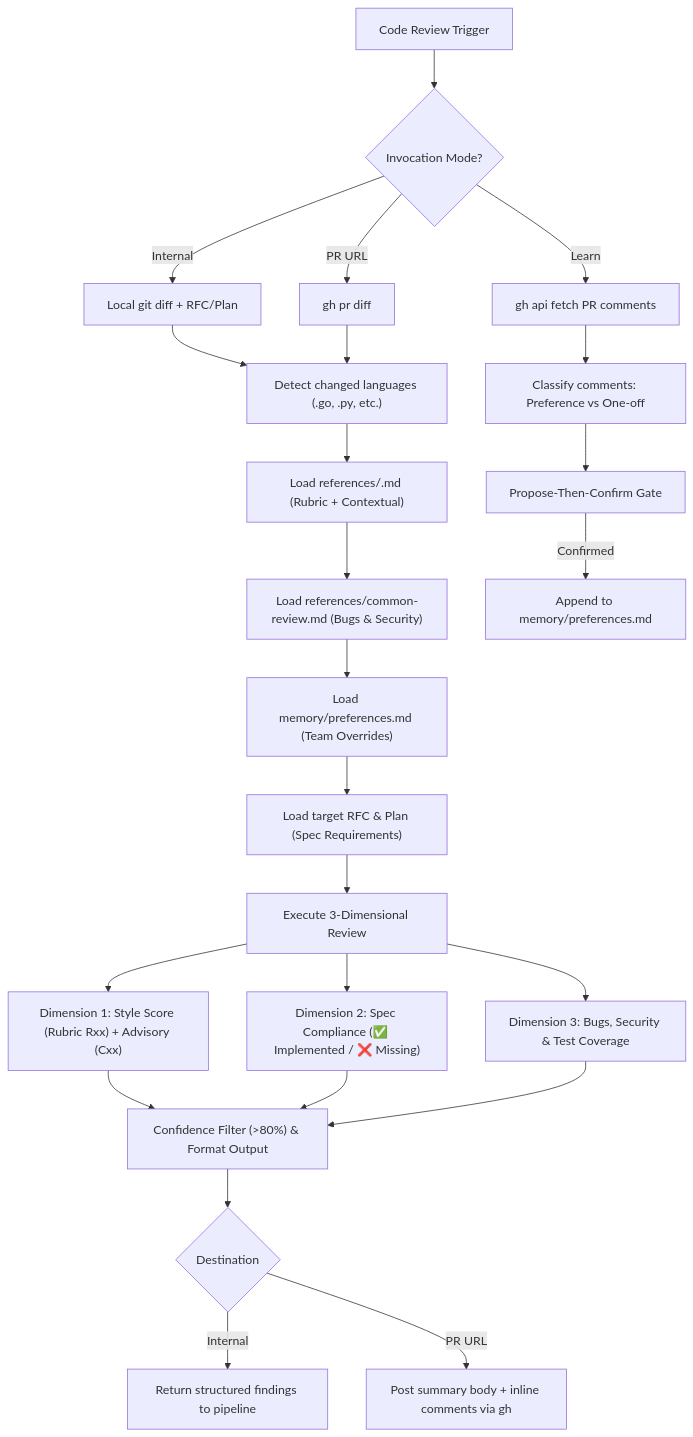
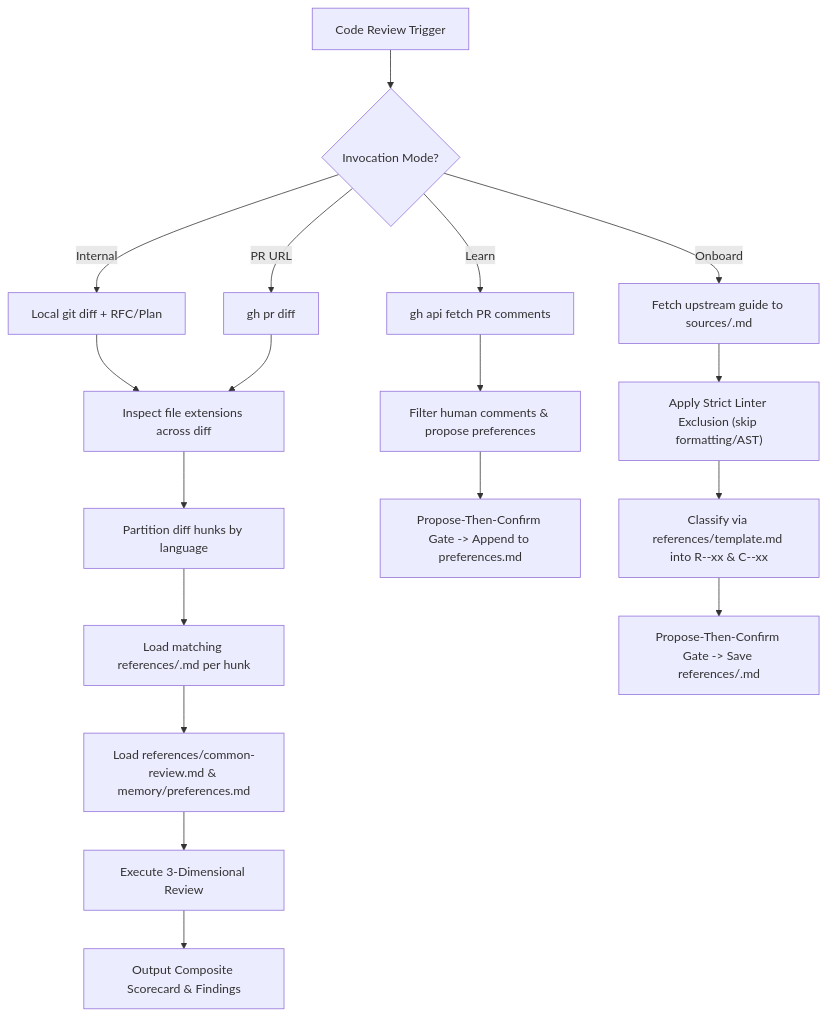
One commit to allanbian1017/skills changed the diagram in skills/development/code-review/README.md. Above: the diagram before and after it, drawn with Mermaid. The commit also changed other lines of this file and 3 other files, not shown here.

Commit message:
feat: add multi-language polyglot routing, style guide onboarding mode, and reference template

````diff
--- a/skills/development/code-review/README.md
+++ b/skills/development/code-review/README.md
@@ -37,31 +41,23 @@
 ```mermaid
 flowchart TD
     A["Code Review Trigger"] --> B{"Invocation Mode?"}
     
     B -- "Internal" --> C1["Local git diff + RFC/Plan"]
     B -- "PR URL" --> C2["gh pr diff <N>"]
     B -- "Learn" --> C3["gh api fetch PR comments"]
+    B -- "Onboard" --> C4["Fetch upstream guide to sources/<lang>.md"]
     
-    C1 --> D["Detect changed languages (.go, .py, etc.)"]
-    C2 --> D
+    C1 & C2 --> D["Inspect file extensions across diff"]
+    D --> E["Partition diff hunks by language"]
+    E --> F["Load matching references/<lang>.md per hunk"]
+    F --> G["Load references/common-review.md & memory/preferences.md"]
+    G --> H["Execute 3-Dimensional Review"]
+    H --> I["Output Composite Scorecard & Findings"]
     
-    D --> E["Load references/<lang>.md (Rubric + Contextual)"]
-    E --> F["Load references/common-review.md (Bugs & Security)"]
-    F --> G["Load memory/preferences.md (Team Overrides)"]
-    G --> H["Load target RFC & Plan (Spec Requirements)"]
+    C3 --> J["Filter human comments & propose preferences"]
+    J --> K["Propose-Then-Confirm Gate -> Append to preferences.md"]
     
-    H --> I["Execute 3-Dimensional Review"]
-    I --> J1["Dimension 1: Style Score (Rubric Rxx) + Advisory (Cxx)"]
-    I --> J2["Dimension 2: Spec Compliance (✅ Implemented / ❌ Missing)"]
-    I --> J3["Dimension 3: Bugs, Security & Test Coverage"]
-    
-    J1 & J2 & J3 --> K["Confidence Filter (>80%) & Format Output"]
-    
-    K --> L{"Destination"}
-    L -- "Internal" --> M1["Return structured findings to pipeline"]
-    L -- "PR URL" --> M2["Post summary body + inline comments via gh"]
-    
-    C3 --> N["Classify comments: Preference vs One-off"]
-    N --> O["Propose-Then-Confirm Gate"]
-    O -- "Confirmed" --> P["Append to memory/preferences.md"]
+    C4 --> L["Apply Strict Linter Exclusion (skip formatting/AST)"]
+    L --> M["Classify via references/template.md into R-<LANG>-xx & C-<LANG>-xx"]
+    M --> N["Propose-Then-Confirm Gate -> Save references/<lang>.md"]
 ```
````
